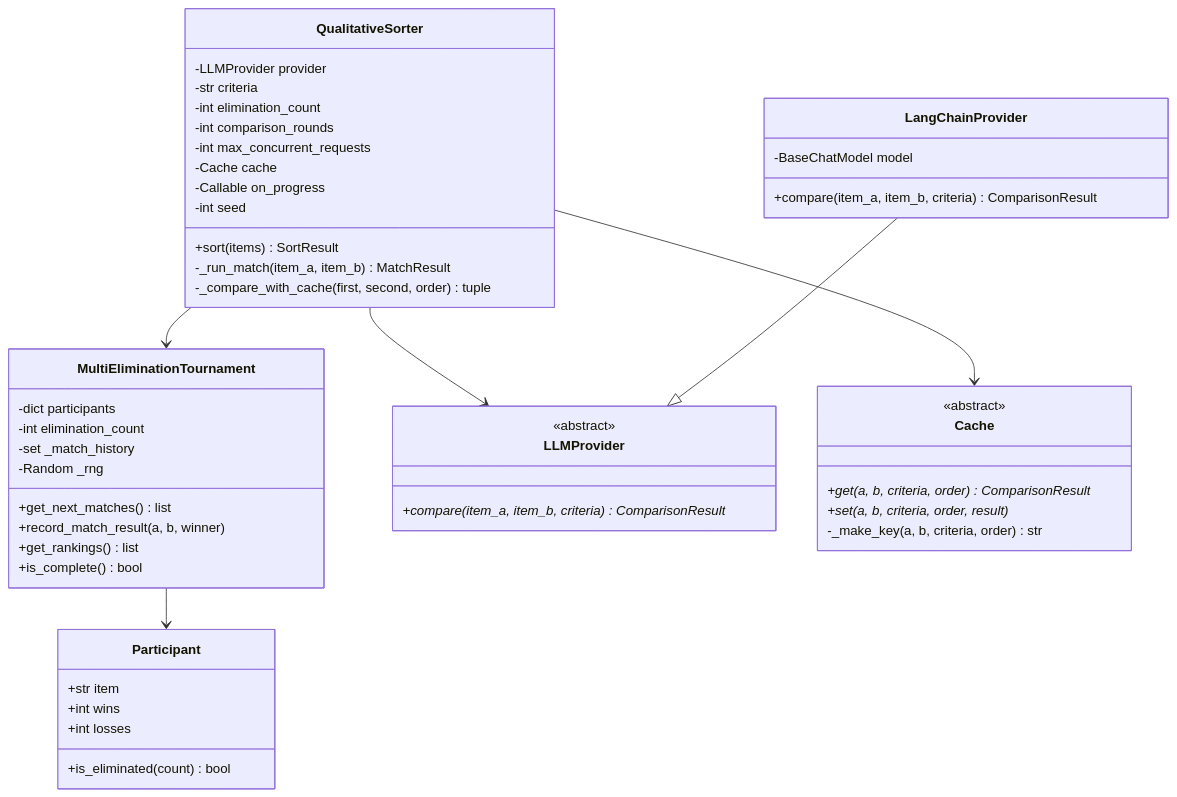
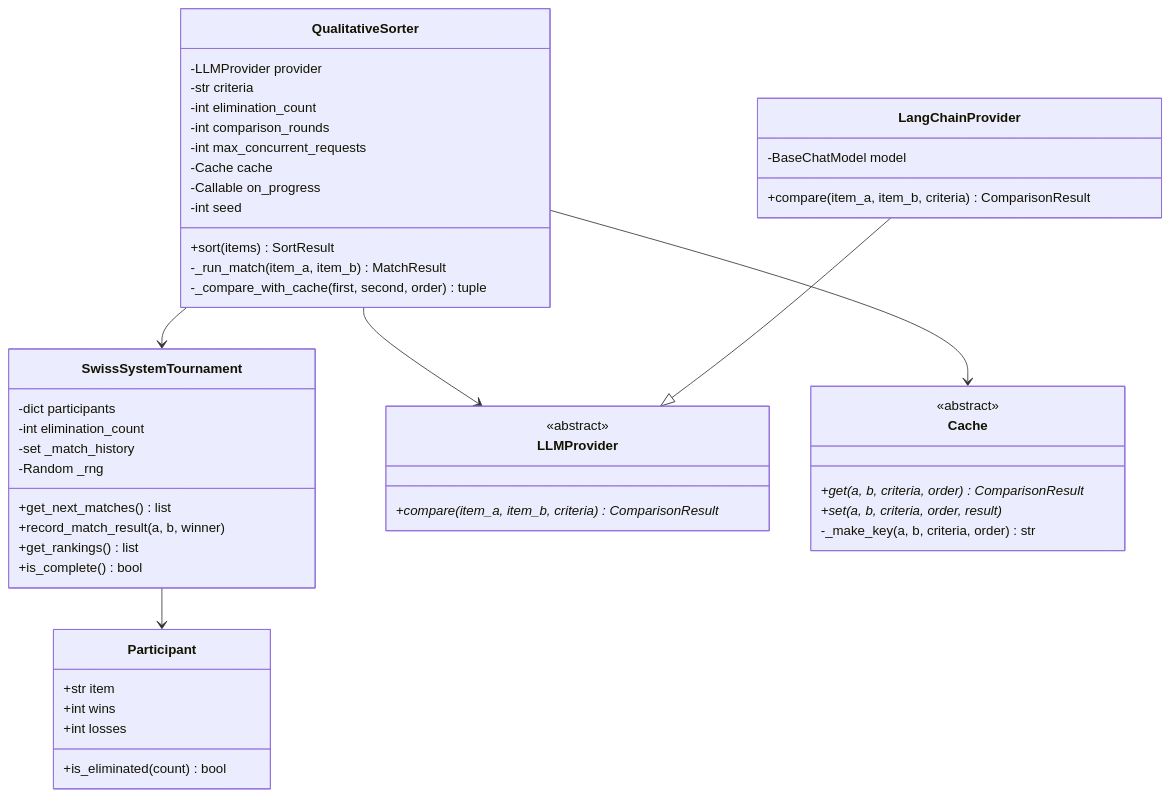
Before and after one commit to TomokiIshimine/llm-qualitative-sort: the second of 3 diagrams in docs/architecture.md, drawn with Mermaid. The commit also changed other lines of this file and 9 other files, not shown here.

First line of the commit message:
Rename MultiEliminationTournament to SwissSystemTournament

````diff
--- a/docs/architecture.md
+++ b/docs/architecture.md
@@ -62,57 +62,57 @@
 ```mermaid
 classDiagram
     class QualitativeSorter {
         -LLMProvider provider
         -str criteria
         -int elimination_count
         -int comparison_rounds
         -int max_concurrent_requests
         -Cache cache
         -Callable on_progress
         -int seed
         +sort(items) SortResult
         -_run_match(item_a, item_b) MatchResult
         -_compare_with_cache(first, second, order) tuple
     }
 
-    class MultiEliminationTournament {
+    class SwissSystemTournament {
         -dict participants
         -int elimination_count
         -set _match_history
         -Random _rng
         +get_next_matches() list
         +record_match_result(a, b, winner)
         +get_rankings() list
         +is_complete() bool
     }
 
     class Participant {
         +str item
         +int wins
         +int losses
         +is_eliminated(count) bool
     }
 
     class LLMProvider {
         <<abstract>>
         +compare(item_a, item_b, criteria)* ComparisonResult
     }
 
     class LangChainProvider {
         -BaseChatModel model
         +compare(item_a, item_b, criteria) ComparisonResult
     }
 
     class Cache {
         <<abstract>>
         +get(a, b, criteria, order)* ComparisonResult
         +set(a, b, criteria, order, result)*
         -_make_key(a, b, criteria, order) str
     }
 
     QualitativeSorter --> LLMProvider
     QualitativeSorter --> Cache
-    QualitativeSorter --> MultiEliminationTournament
-    MultiEliminationTournament --> Participant
+    QualitativeSorter --> SwissSystemTournament
+    SwissSystemTournament --> Participant
     LangChainProvider --|> LLMProvider
 ```
````
